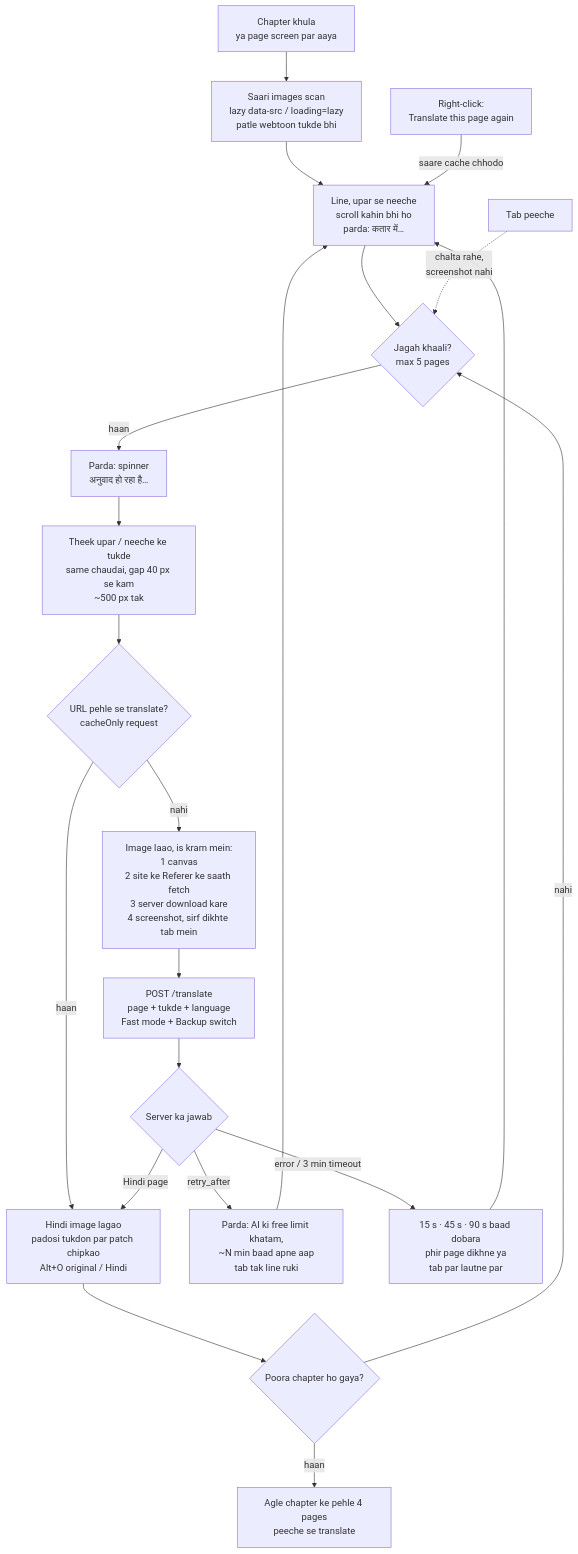
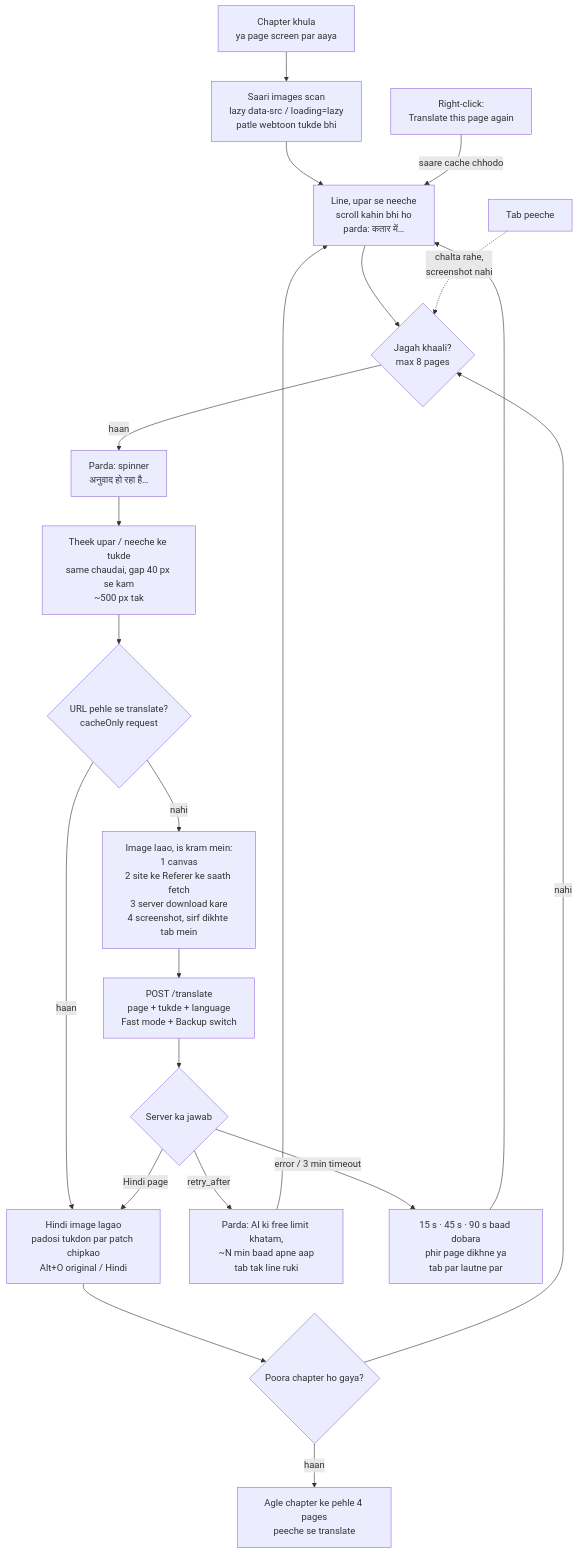
Before and after one commit to jitendra205saini/Manga-Translator: the second of 6 diagrams in README.hinglish.md, drawn with Mermaid. The commit also changed other lines of this file and 11 other files, not shown here.

````diff
--- a/README.hinglish.md
+++ b/README.hinglish.md
@@ -136,23 +136,23 @@
 ```mermaid
 flowchart TD
     A["Chapter khula<br/>ya page screen par aaya"] --> B["Saari images scan<br/>lazy data-src / loading=lazy<br/>patle webtoon tukde bhi"]
     B --> C["Line, upar se neeche<br/>scroll kahin bhi ho<br/>parda: कतार में…"]
-    C --> D{"Jagah khaali?<br/>max 5 pages"}
+    C --> D{"Jagah khaali?<br/>max 8 pages"}
     D -->|"haan"| E["Parda: spinner<br/>अनुवाद हो रहा है…"]
     E --> F["Theek upar / neeche ke tukde<br/>same chaudai, gap 40 px se kam<br/>~500 px tak"]
     F --> G{"URL pehle se translate?<br/>cacheOnly request"}
     G -->|"nahi"| H["Image laao, is kram mein:<br/>1 canvas<br/>2 site ke Referer ke saath fetch<br/>3 server download kare<br/>4 screenshot, sirf dikhte tab mein"]
     H --> I["POST /translate<br/>page + tukde + language<br/>Fast mode + Backup switch"]
     G -->|"haan"| R
     I --> J{"Server ka jawab"}
     J -->|"Hindi page"| R["Hindi image lagao<br/>padosi tukdon par patch chipkao<br/>Alt+O original / Hindi"]
     J -->|"retry_after"| L["Parda: AI ki free limit khatam,<br/>~N min baad apne aap<br/>tab tak line ruki"]
     J -->|"error / 3 min timeout"| T["15 s · 45 s · 90 s baad dobara<br/>phir page dikhne ya<br/>tab par lautne par"]
     L --> C
     T --> C
     R --> N{"Poora chapter ho gaya?"}
     N -->|"haan"| P["Agle chapter ke pehle 4 pages<br/>peeche se translate"]
     N -->|"nahi"| D
     X["Right-click:<br/>Translate this page again"] -->|"saare cache chhodo"| C
     Y["Tab peeche"] -.->|"chalta rahe,<br/>screenshot nahi"| D
 ```
````
